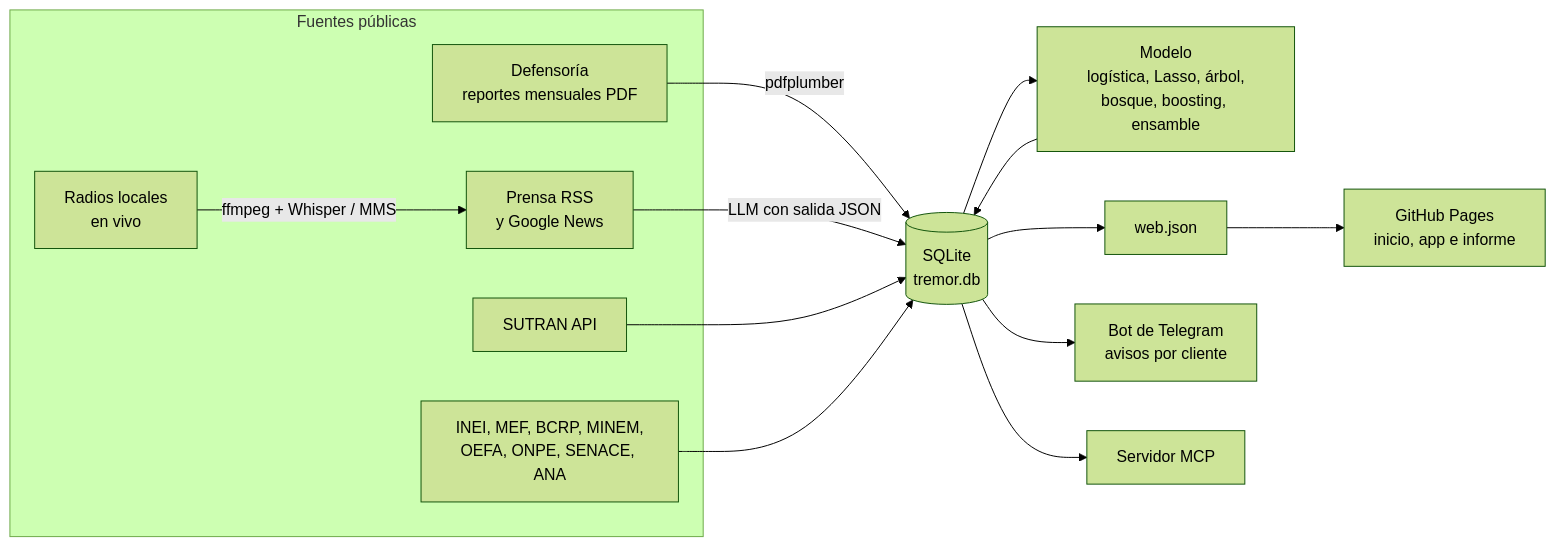
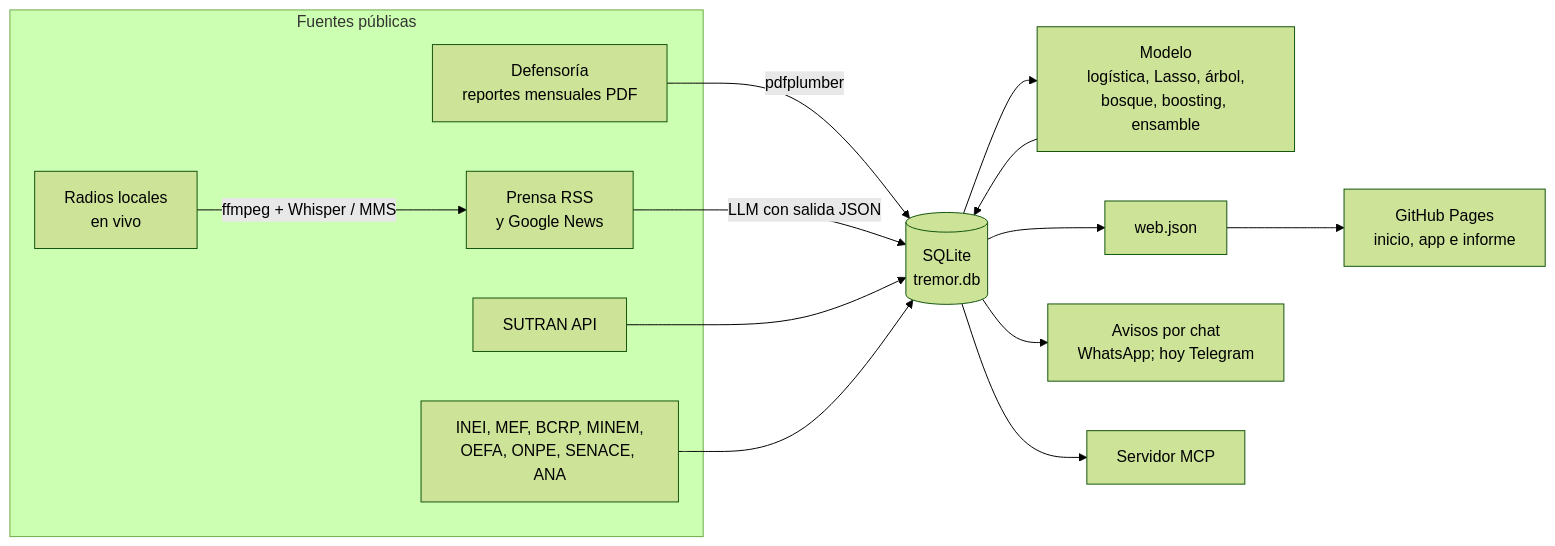
Before and after one commit to nicosil02/tremor: the diagram in README.md, drawn with Mermaid (forest theme). The commit also changed other lines of this file and 6 other files, not shown here.

First line of the commit message:
Página completa: WhatsApp, Reputación, costo por cliente, capturas nuevas y pruebas con usuarios (#83)

````diff
--- a/README.md
+++ b/README.md
@@ -130,21 +130,21 @@
 ```mermaid
 flowchart LR
   subgraph Fuentes públicas
     DEF[Defensoría<br>reportes mensuales PDF]
     PRE[Prensa RSS<br>y Google News]
     RAD[Radios locales<br>en vivo]
     SUT[SUTRAN API]
     EST[INEI, MEF, BCRP, MINEM,<br>OEFA, ONPE, SENACE, ANA]
   end
   DEF -->|pdfplumber| DB[(SQLite<br>tremor.db)]
   PRE -->|LLM con salida JSON| DB
   RAD -->|ffmpeg + Whisper / MMS| PRE
   SUT --> DB
   EST --> DB
   DB --> MOD[Modelo<br>logística, Lasso, árbol,<br>bosque, boosting, ensamble]
   MOD --> DB
   DB --> WEB[web.json]
   WEB --> PAG[GitHub Pages<br>inicio, app e informe]
-  DB --> TG[Bot de Telegram<br>avisos por cliente]
+  DB --> TG[Avisos por chat<br>WhatsApp; hoy Telegram]
   DB --> MCP[Servidor MCP]
 ```
````
